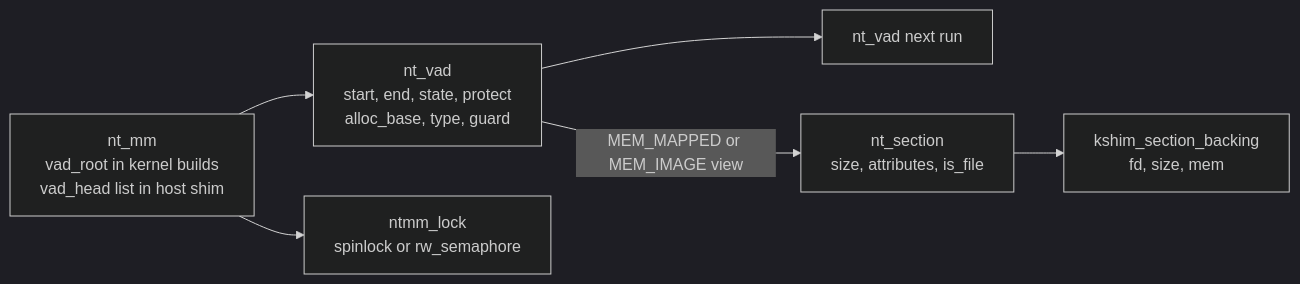
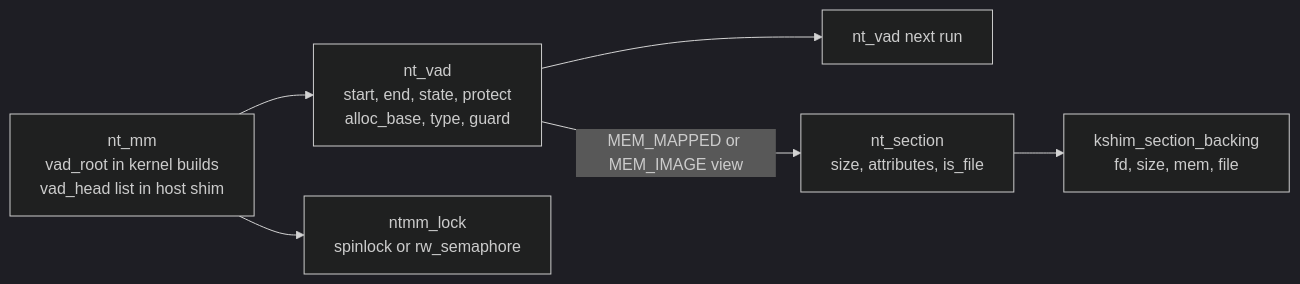
One commit to JacksonSibold/linux-nt-personality changed the first of 3 diagrams in docs/architecture/memory.md. Above: the diagram before and after it, drawn with Mermaid (dark theme). The commit also changed other lines of this file and 2 other files, not shown here.

````diff
--- a/docs/architecture/memory.md
+++ b/docs/architecture/memory.md
@@ -12,8 +12,8 @@
 ```mermaid
 flowchart LR
     MM["nt_mm<br/>vad_root in kernel builds<br/>vad_head list in host shim"] --> V1["nt_vad<br/>start, end, state, protect<br/>alloc_base, type, guard"]
     V1 --> V2["nt_vad next run"]
     V1 -->|"MEM_MAPPED or MEM_IMAGE view"| SEC["nt_section<br/>size, attributes, is_file"]
-    SEC --> KB["kshim_section_backing<br/>fd, size, mem"]
+    SEC --> KB["kshim_section_backing<br/>fd, size, mem, file"]
     MM --> LOCK["ntmm_lock<br/>spinlock or rw_semaphore"]
 ```
````
